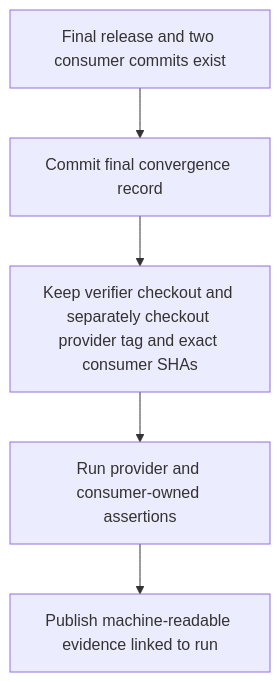
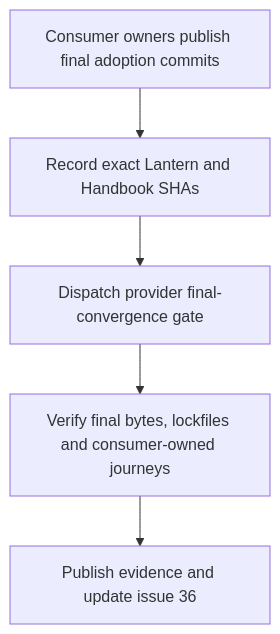
One commit to RebelliousSmile/schema-adrenaline changed the first of 2 diagrams in aidd_docs/tasks/2026_09/2026_09_27_canonical-final-convergence/phase-3.md. Above: the diagram before and after it, drawn with Mermaid. The commit also changed other lines of this file and 6 other files, not shown here.

Commit message:
feat(release): add provider final convergence gate

````diff
--- a/aidd_docs/tasks/2026_09/2026_09_27_canonical-final-convergence/phase-3.md
+++ b/aidd_docs/tasks/2026_09/2026_09_27_canonical-final-convergence/phase-3.md
@@ -25,7 +19,7 @@
 ```mermaid
 flowchart TD
-  A[Final release and two consumer commits exist] --> B[Commit final convergence record]
-  B --> C[Keep verifier checkout and separately checkout provider tag and exact consumer SHAs]
-  C --> D[Run provider and consumer-owned assertions]
-  D --> E[Publish machine-readable evidence linked to run]
+  A[Consumer owners publish final adoption commits] --> B[Record exact Lantern and Handbook SHAs]
+  B --> C[Dispatch provider final-convergence gate]
+  C --> D[Verify final bytes, lockfiles and consumer-owned journeys]
+  D --> E[Publish evidence and update issue 36]
 ```
````
